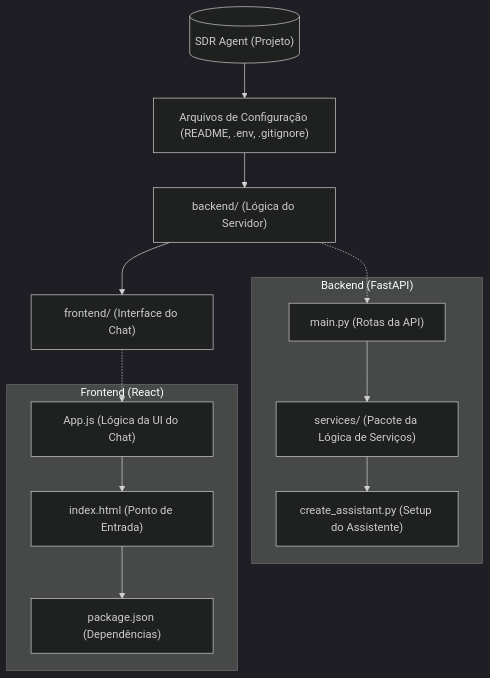
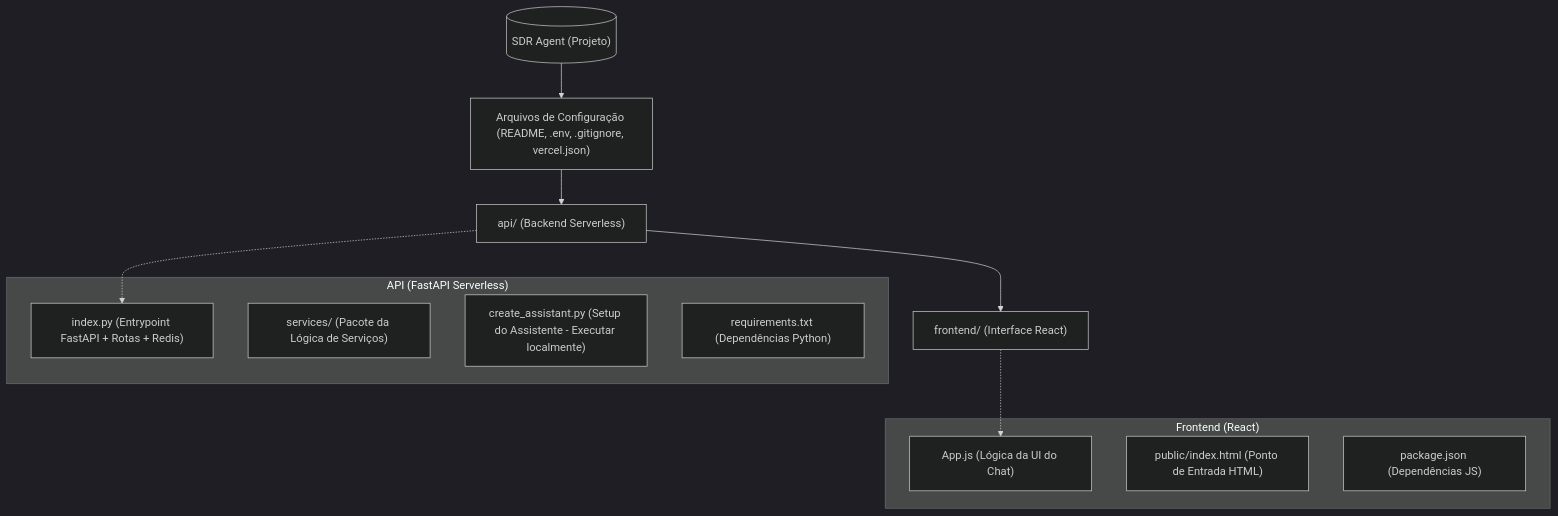
One commit to Oseiasdfarias/oseias_desafio_elite_dev_ia changed the first of 2 diagrams in README.md. Above: the diagram before and after it, drawn with Mermaid (dark theme). The commit also changed other lines of this file and 5 other files, not shown here.

````diff
--- a/README.md
+++ b/README.md
@@ -23,36 +26,31 @@
 ```mermaid
 graph TD
     A[("SDR Agent (Projeto)")]
 
     %% Fluxo Vertical Encadeado
-    A --> B["Arquivos de Configuração (README, .env, .gitignore)"]
-    B --> F["backend/ (Lógica do Servidor)"]
-    F --> G["frontend/ (Interface do Chat)"]
+    A --> B["Arquivos de Configuração (README, .env, .gitignore, vercel.json)"]
+    B --> F["api/ (Backend Serverless)"]
+    F --> G["frontend/ (Interface React)"]
 
-    %% Detalhes do Backend
-    subgraph "Backend (FastAPI)"
-        F1["main.py (Rotas da API)"]
+    %% Detalhes do Backend (API)
+    subgraph "API (FastAPI Serverless)"
+        F1["index.py (Entrypoint FastAPI + Rotas + Redis)"]
         F2["services/ (Pacote da Lógica de Serviços)"]
-        F3["create_assistant.py (Setup do Assistente)"]
-
-        %% Links verticais dentro do subgraph
-        F1 --> F2 --> F3
+        F3["create_assistant.py (Setup do Assistente - Executar localmente)"]
+        F4["requirements.txt (Dependências Python)"]
     end
 
     %% Link de contenção (pontilhado)
     F -.-> F1
 
     %% Detalhes do Frontend
     subgraph "Frontend (React)"
         G1["App.js (Lógica da UI do Chat)"]
-        G2["index.html (Ponto de Entrada)"]
-        G3["package.json (Dependências)"]
-
-        %% Links verticais dentro do subgraph
-        G1 --> G2 --> G3
+        G2["public/index.html (Ponto de Entrada HTML)"]
+        G3["package.json (Dependências JS)"]
     end
 
     %% Link de contenção (pontilhado)
     G -.-> G1
 
 ```
````
